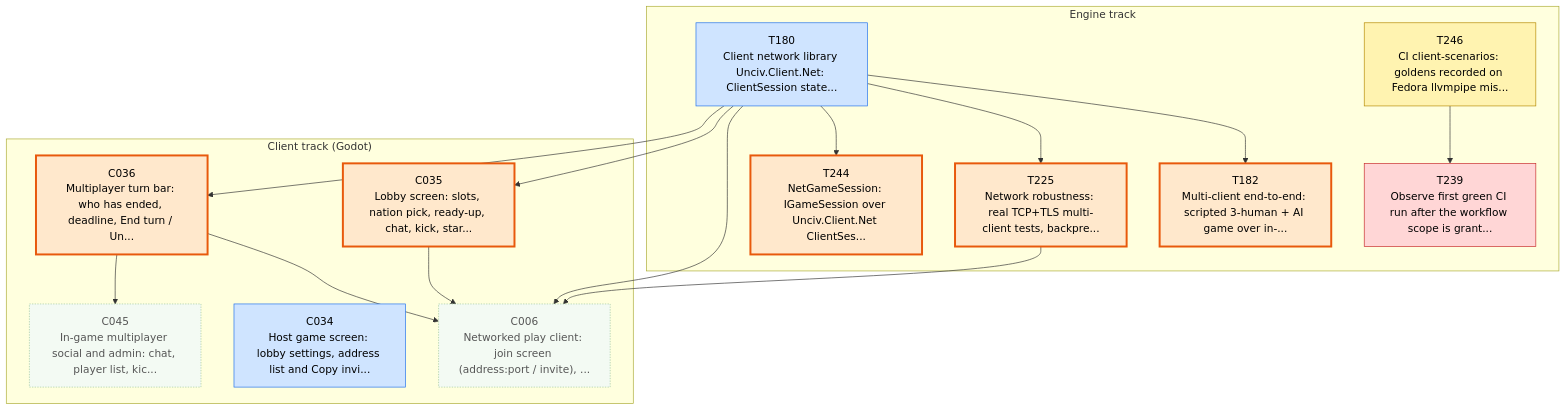
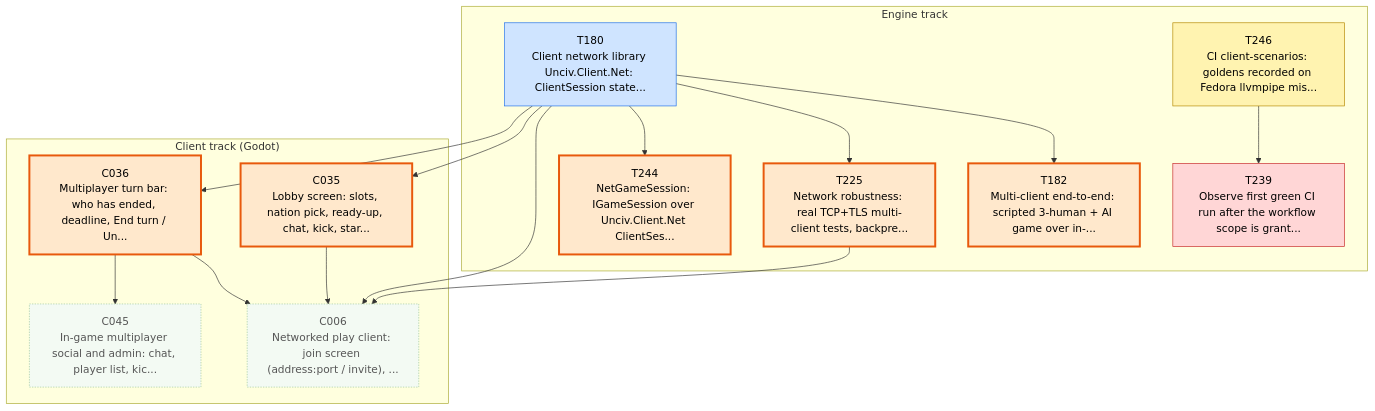
The first of 3 diagrams in csharp/migration/DEPENDENCY_MAP.md (Kenmura/Unciv), drawn with Mermaid before and after one commit. The commit also changed other lines of this file and 1 other file, not shown here.

Commit message:
migration: review C034 pass [Adversarial Review]

````diff
--- a/csharp/migration/DEPENDENCY_MAP.md
+++ b/csharp/migration/DEPENDENCY_MAP.md
@@ -24,47 +24,45 @@
 ```mermaid
 flowchart TD
   subgraph TTRACK["Engine track"]
     T180["T180<br/>Client network library Unciv.Client.Net: ClientSession state..."]
     T182["T182<br/>Multi-client end-to-end: scripted 3-human + AI game over in-..."]
     T225["T225<br/>Network robustness: real TCP+TLS multi-client tests, backpre..."]
     T239["T239<br/>Observe first green CI run after the workflow scope is grant..."]
     T244["T244<br/>NetGameSession: IGameSession over Unciv.Client.Net ClientSes..."]
     T246["T246<br/>CI client-scenarios: goldens recorded on Fedora llvmpipe mis..."]
   end
   subgraph CTRACK["Client track (Godot)"]
     C006["C006<br/>Networked play client: join screen (address:port / invite), ..."]
-    C034["C034<br/>Host game screen: lobby settings, address list and Copy invi..."]
     C035["C035<br/>Lobby screen: slots, nation pick, ready-up, chat, kick, star..."]
     C036["C036<br/>Multiplayer turn bar: who has ended, deadline, End turn / Un..."]
     C045["C045<br/>In-game multiplayer social and admin: chat, player list, kic..."]
   end
   T180 --> T182
   T180 --> T225
   T246 --> T239
   T180 --> T244
   T180 --> C006
   C035 --> C006
   C036 --> C006
   T225 --> C006
   T180 --> C035
   T180 --> C036
   C036 --> C045
   classDef waiting fill:#f3faf3,stroke:#9bc49b,color:#555,stroke-dasharray:2 2
   classDef ondeck fill:#ffe8cc,stroke:#e8590c,stroke-width:3px,color:#000
   classDef ready fill:#7ee787,stroke:#1a7f37,stroke-width:3px,color:#000
   classDef prog fill:#fff3b0,stroke:#b58900,color:#000
   classDef review fill:#cfe4ff,stroke:#1f6feb,color:#000
   classDef blocked fill:#ffd6d6,stroke:#c62828,color:#000
   classDef done fill:#eeeeee,stroke:#999999,color:#666,stroke-dasharray:4 3
   class C006 waiting
-  class C034 review
   class C035 ondeck
   class C036 ondeck
   class C045 waiting
   class T180 review
   class T182 ondeck
   class T225 ondeck
   class T239 blocked
   class T244 ondeck
   class T246 prog
 ```
````
